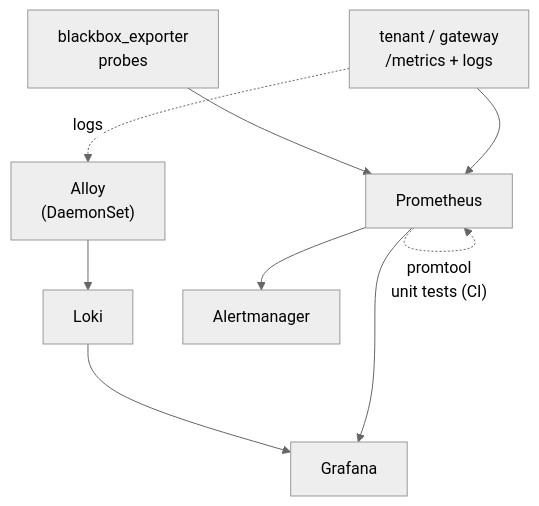
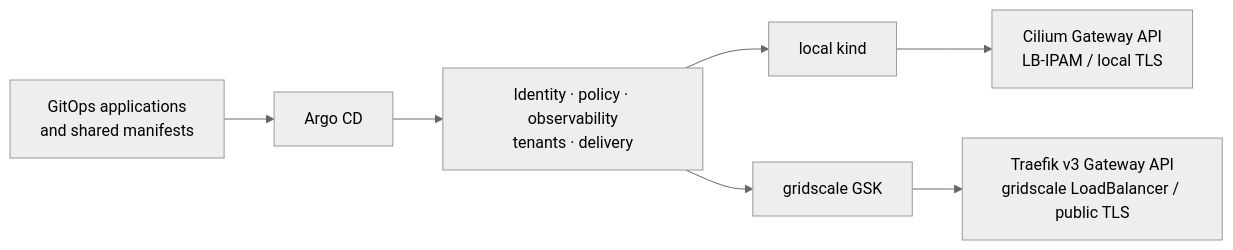
One commit to PlatformRelay/Kaddy changed the diagram in slides/slides.md. Above: the diagram before and after it, drawn with Mermaid (neutral theme). The commit also changed other lines of this file and 17 other files, not shown here.

````diff
--- a/slides/slides.md
+++ b/slides/slides.md
@@ -1004,16 +214,9 @@
-```mermaid {scale: 0.68}
-flowchart TB
-  T["tenant / gateway<br/>/metrics + logs"]
-  BB["blackbox_exporter<br/>probes"]
-  P["Prometheus"]
-  AL["Alloy<br/>(DaemonSet)"]
-  L["Loki"]
-  AM["Alertmanager"]
-  GR["Grafana"]
-  T --> P
-  BB --> P
-  T -. logs .-> AL --> L
-  P --> AM
-  P & L --> GR
-  P -.->|"promtool<br/>unit tests (CI)"| P
+```mermaid {scale: 0.72}
+flowchart LR
+  Git["GitOps applications<br/>and shared manifests"] --> Argo["Argo CD"]
+  Argo --> Core["Identity · policy · observability<br/>tenants · delivery"]
+  Core --> Kind["local kind"]
+  Core --> GSK["gridscale GSK"]
+  Kind --> Cilium["Cilium Gateway API<br/>LB-IPAM / local TLS"]
+  GSK --> Traefik["Traefik v3 Gateway API<br/>gridscale LoadBalancer / public TLS"]
 ```
````
